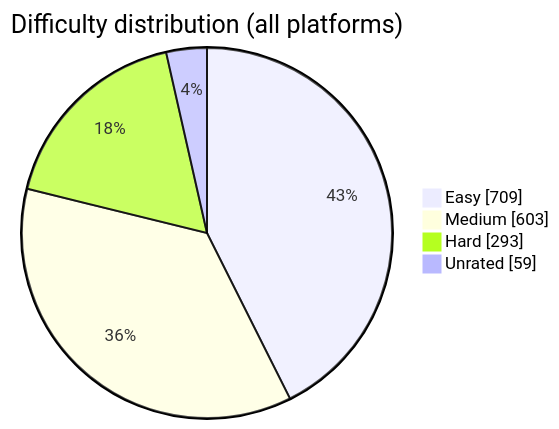
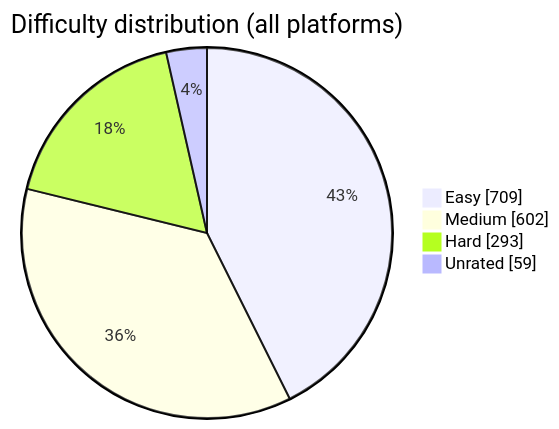
The diagram in README.md (BuildbyArindam/Daily-Coding-Log), drawn with Mermaid before and after one commit. The commit also changed other lines of this file, not shown here.

````diff
--- a/README.md
+++ b/README.md
@@ -93,7 +93,7 @@
 ```mermaid
 pie showData title Difficulty distribution (all platforms)
     "Easy" : 709
-    "Medium" : 603
+    "Medium" : 602
     "Hard" : 293
     "Unrated" : 59
 ```
````
